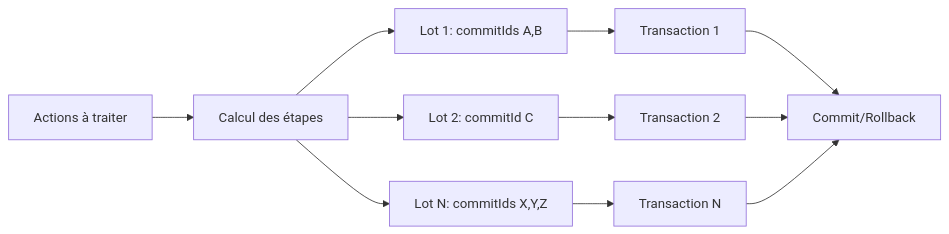
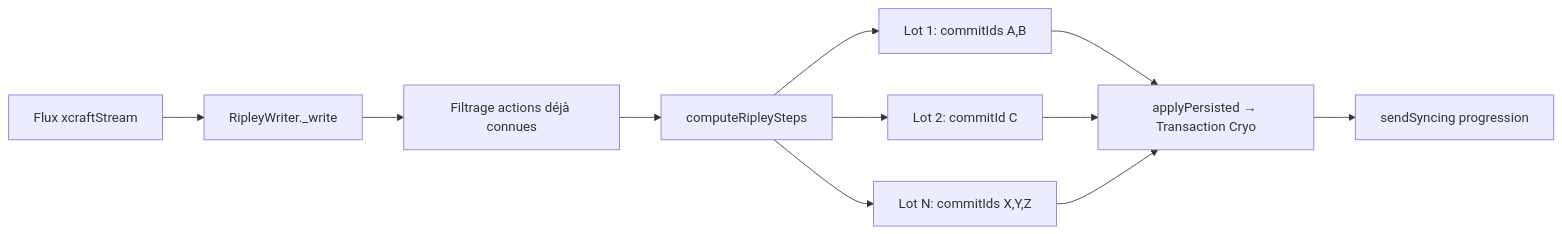
The fourth of 5 diagrams in doc/synchronization.md (Xcraft-Inc/xcraft-core-goblin), drawn with Mermaid before and after one commit. The commit also changed other lines of this file, not shown here.

````diff
--- a/doc/synchronization.md
+++ b/doc/synchronization.md
@@ -207,13 +253,13 @@
 ```mermaid
 flowchart LR
-    A[Actions à traiter] --> B[Calcul des étapes]
-    B --> C[Lot 1: commitIds A,B]
-    B --> D[Lot 2: commitId C]
-    B --> E[Lot N: commitIds X,Y,Z]
-    C --> F[Transaction 1]
-    D --> G[Transaction 2]
-    E --> H[Transaction N]
-    F --> I[Commit/Rollback]
-    G --> I
-    H --> I
+    A[Flux xcraftStream] --> B[RipleyWriter._write]
+    B --> C[Filtrage actions déjà connues]
+    C --> D[computeRipleySteps]
+    D --> E[Lot 1: commitIds A,B]
+    D --> F[Lot 2: commitId C]
+    D --> G[Lot N: commitIds X,Y,Z]
+    E --> H[applyPersisted → Transaction Cryo]
+    F --> H
+    G --> H
+    H --> I[sendSyncing progression]
 ```
````
